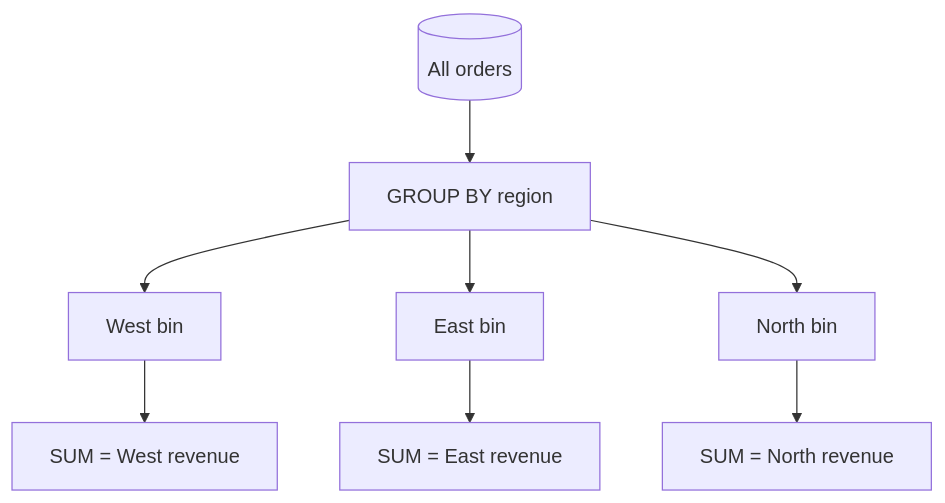
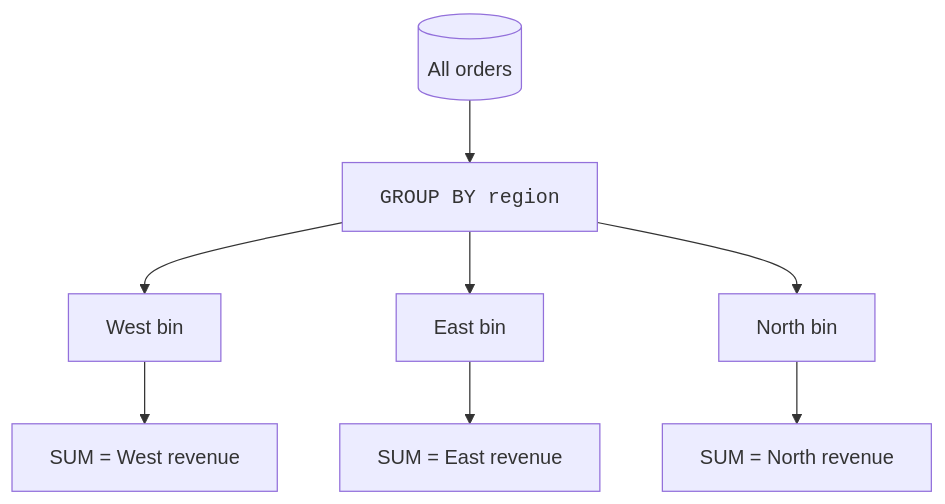
Before and after one commit to dataslope/dataslope: the first of 3 diagrams in content/learn/sql-analytics-duckdb/grouping-data.mdx, drawn with Mermaid. The commit also changed other lines of this file and 56 other files, not shown here.

````diff
--- a/content/learn/sql-analytics-duckdb/grouping-data.mdx
+++ b/content/learn/sql-analytics-duckdb/grouping-data.mdx
@@ -18,10 +18,10 @@
 ```mermaid
 flowchart TB
-    All[("All orders")] --> G["GROUP BY region"]
+    All[("All orders")] --> G["<code>GROUP BY region</code>"]
     G --> W["West bin"]
     G --> E["East bin"]
     G --> N["North bin"]
     W --> WR["SUM = West revenue"]
     E --> ER["SUM = East revenue"]
     N --> NR["SUM = North revenue"]
 ```
````
